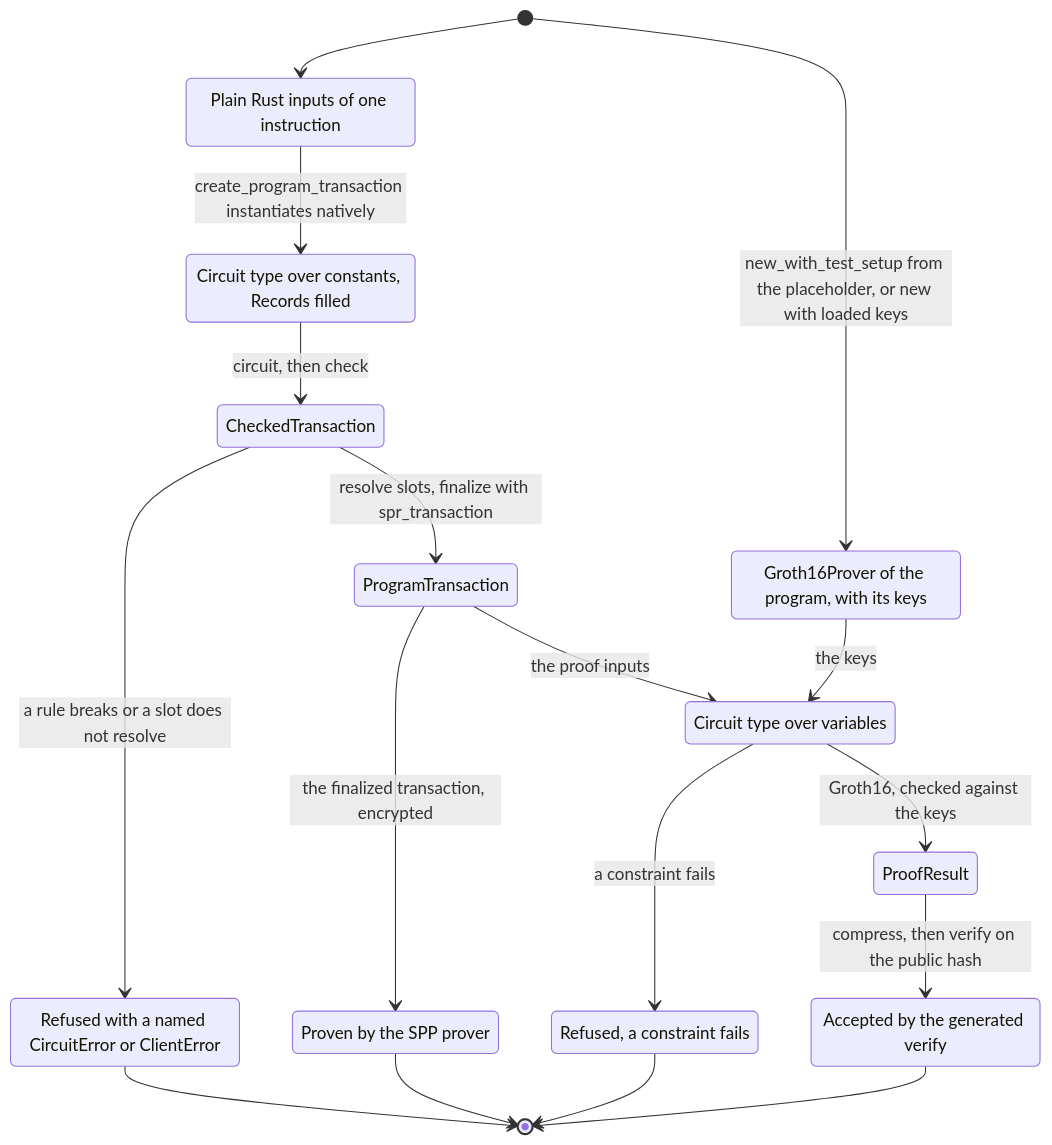
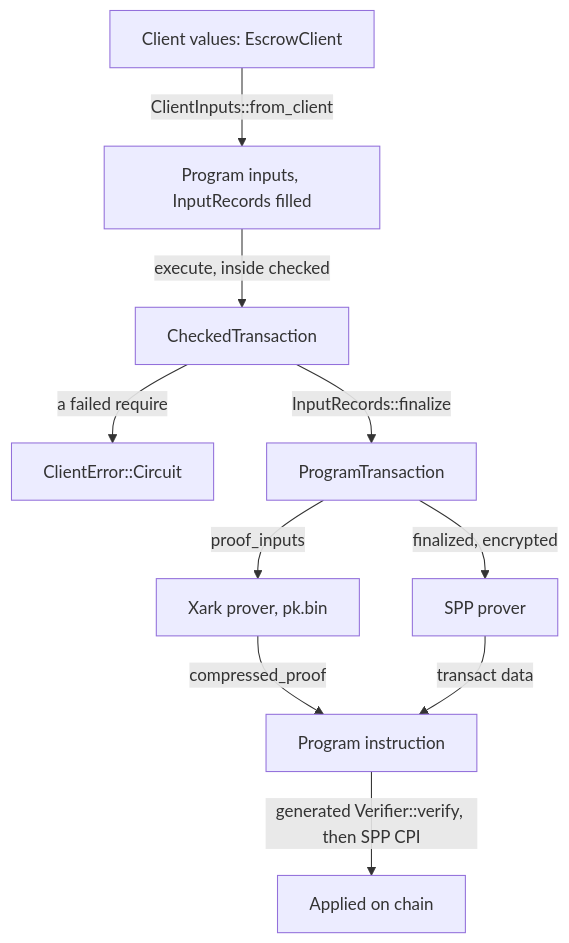
One commit to helius-labs/zolana changed the diagram in sdk-libs/program/README.md. Above: the diagram before and after it, drawn with Mermaid. The commit also changed other lines of this file and 503 other files, not shown here.

First line of the commit message:
feat(program): replace the circuit DSL with Xark

````diff
--- a/sdk-libs/program/README.md
+++ b/sdk-libs/program/README.md
@@ -377,34 +390,15 @@
 ```mermaid
-stateDiagram-v2
-    accTitle: How an instruction goes from its inputs to the program verifier
-    accDescr: The client runs the circuit natively to build the SPP transaction. The prover runs the same circuit in R1CS against the public hash. The program verifies the compressed proof.
+flowchart TD
+    accTitle: How one set of inputs feeds both proofs
+    accDescr: The client converts its values, runs execute natively and finalizes the SPP transaction. The Xark prover proves the program from the proof inputs, the SPP prover proves the encrypted transaction, and the program verifies the program proof before invoking SPP.
 
-    state "Plain Rust inputs of one instruction" as Inputs
-    state "Circuit type over constants, Records filled" as Native
-    state "CheckedTransaction" as Checked
-    state "ProgramTransaction" as Program
-    state "Proven by the SPP prover" as SppProver
-    state "Groth16Prover of the program, with its keys" as Prover
-    state "Circuit type over variables" as R1cs
-    state "ProofResult" as Proof
-    state "Accepted by the generated verify" as Accepted
-    state "Refused with a named CircuitError or ClientError" as Refused
-    state "Refused, a constraint fails" as Unsatisfied
-
-    [*] --> Inputs
-    Inputs --> Native : create_program_transaction instantiates natively
-    Native --> Checked : circuit, then check
-    Checked --> Refused : a rule breaks or a slot does not resolve
-    Checked --> Program : resolve slots, finalize with spr_transaction
-    Program --> SppProver : the finalized transaction, encrypted
-    [*] --> Prover : new_with_test_setup from the placeholder, or new with loaded keys
-    Program --> R1cs : the proof inputs
-    Prover --> R1cs : the keys
-    R1cs --> Unsatisfied : a constraint fails
-    R1cs --> Proof : Groth16, checked against the keys
-    Proof --> Accepted : compress, then verify on the public hash
-    SppProver --> [*]
-    Accepted --> [*]
-    Refused --> [*]
-    Unsatisfied --> [*]
+    Client["Client values: EscrowClient"] -->|ClientInputs::from_client| Program["Program inputs, InputRecords filled"]
+    Program -->|execute, inside checked| Checked["CheckedTransaction"]
+    Checked -->|a failed require| Refused["ClientError::Circuit"]
+    Checked -->|InputRecords::finalize| Tx["ProgramTransaction"]
+    Tx -->|proof_inputs| Xark["Xark prover, pk.bin"]
+    Tx -->|finalized, encrypted| Spp["SPP prover"]
+    Xark -->|compressed_proof| Ix["Program instruction"]
+    Spp -->|transact data| Ix
+    Ix -->|generated Verifier::verify, then SPP CPI| Done["Applied on chain"]
 ```
````
